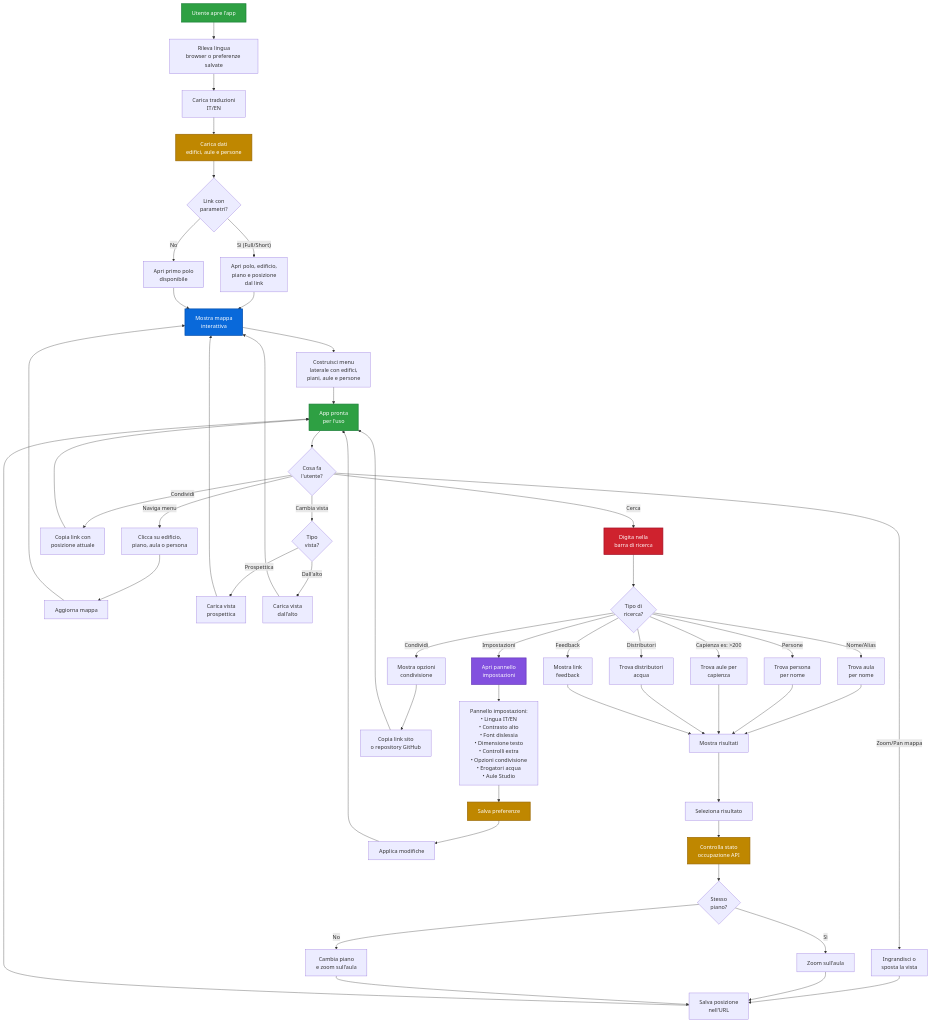
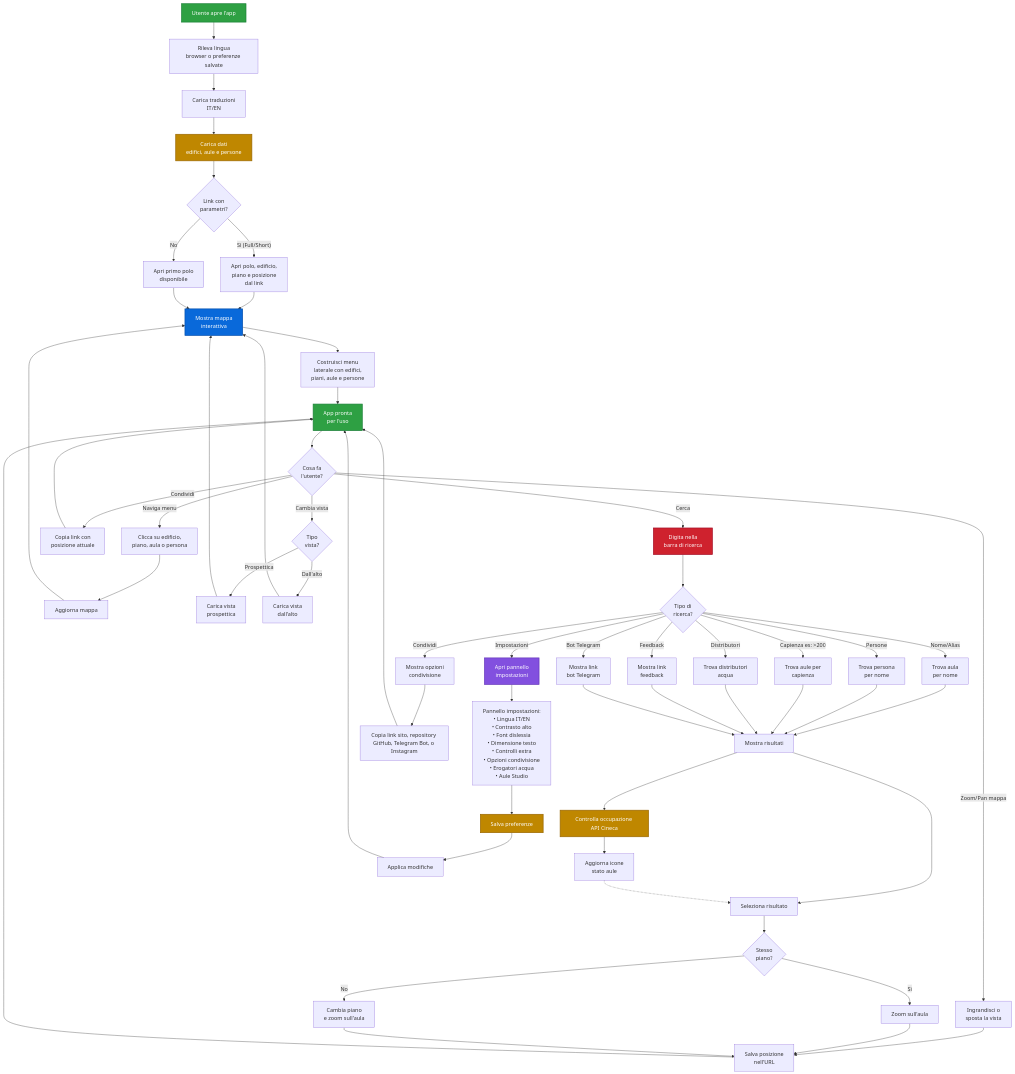
The second of 2 diagrams in README.md (plumkewe/dove-unipi), drawn with Mermaid before and after one commit. The commit also changed other lines of this file and 15 other files, not shown here.

```diff
--- a/README.md
+++ b/README.md
@@ -276,6 +286,7 @@
     SearchType -->|Capienza es: >200| FindByCapacity[Trova aule per<br/>capienza]
     SearchType -->|Impostazioni| OpenSettings[Apri pannello<br/>impostazioni]
     SearchType -->|Condividi| OpenShare[Mostra opzioni<br/>condivisione]
+    SearchType -->|Bot Telegram| OpenBot[Mostra link<br/>bot Telegram]
     SearchType -->|Feedback| OpenFeedback[Mostra link<br/>feedback]
     SearchType -->|Distributori| FindWater[Trova distributori<br/>acqua]
     
@@ -284,10 +295,15 @@
     FindByCapacity --> ShowResults
     FindWater --> ShowResults
     OpenFeedback --> ShowResults
+    OpenBot --> ShowResults
+    
+    ShowResults --> CheckOccupancy[Controlla occupazione API Cineca]
+    CheckOccupancy --> UpdateList[Aggiorna icone<br/>stato aule]
     
     ShowResults --> SelectResult[Seleziona risultato]
-    SelectResult --> CheckOccupancy[Controlla stato<br/>occupazione API]
-    CheckOccupancy --> CheckFloor{Stesso<br/>piano?}
+    UpdateList -.-> SelectResult
+    
+    SelectResult --> CheckFloor{Stesso<br/>piano?}
     
     CheckFloor -->|Sì| ZoomToRoom[Zoom sull'aula]
     CheckFloor -->|No| ChangeFloor[Cambia piano<br/>e zoom sull'aula]
@@ -319,7 +335,7 @@
     ApplySettings --> Ready
     
     %% Condivisione
-    OpenShare --> ShareOptions[Copia link sito<br/>o repository GitHub]
+    OpenShare --> ShareOptions[Copia link sito, repository GitHub, Telegram Bot, o Instagram]
     ShareOptions --> Ready
     
     %% Torna all'app
```
